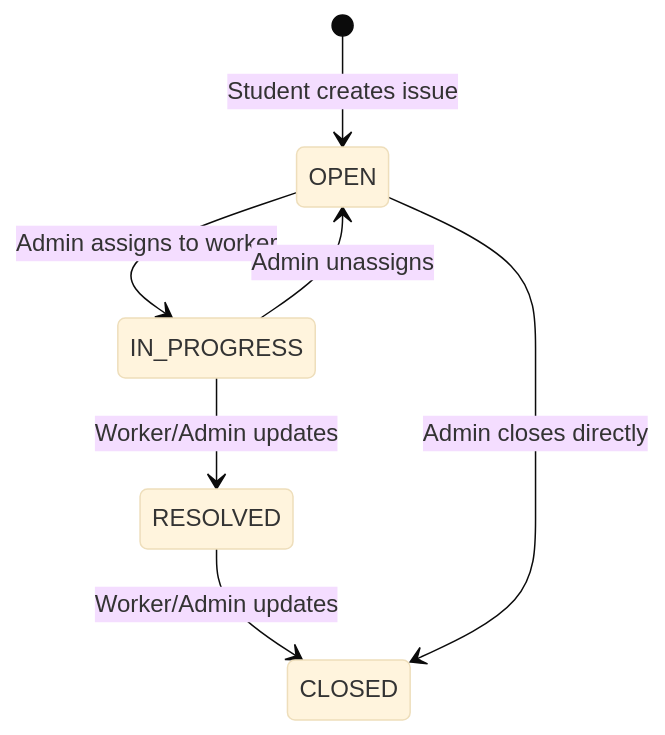
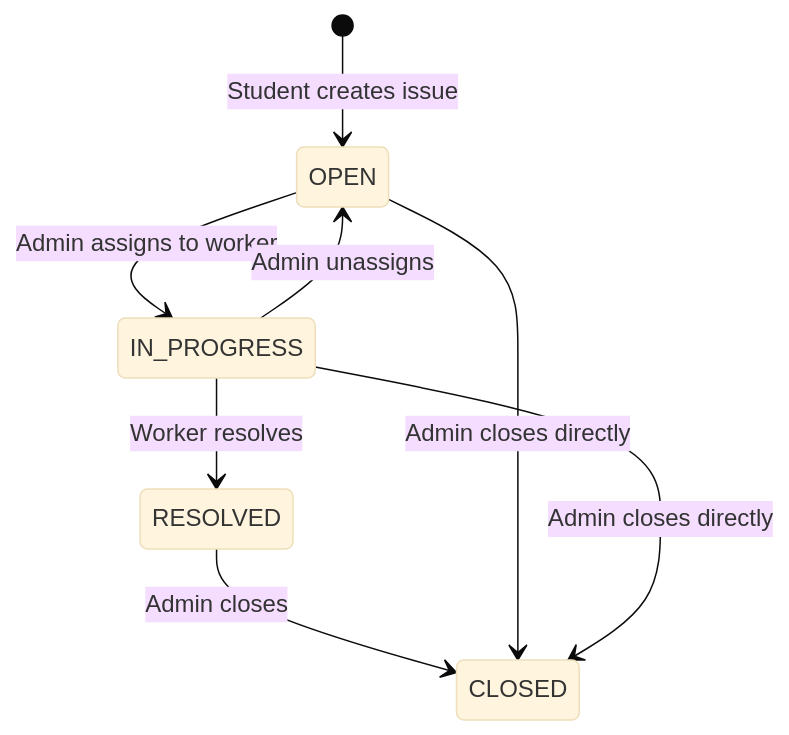
The sixth of 7 diagrams in codebase-analysis-docs/CODEBASE_KNOWLEDGE.md (fo56/hostelHub), drawn with Mermaid (base theme) before and after one commit. The commit also changed other lines of this file, not shown here.

Commit message:
docs: add comprehensive codebase knowledge document covering architecture and tech stack

````diff
--- a/codebase-analysis-docs/CODEBASE_KNOWLEDGE.md
+++ b/codebase-analysis-docs/CODEBASE_KNOWLEDGE.md
@@ -731,9 +719,10 @@
 ```mermaid
 stateDiagram-v2
     [*] --> OPEN: Student creates issue
     OPEN --> IN_PROGRESS: Admin assigns to worker
     IN_PROGRESS --> OPEN: Admin unassigns
-    IN_PROGRESS --> RESOLVED: Worker/Admin updates
-    RESOLVED --> CLOSED: Worker/Admin updates
+    IN_PROGRESS --> RESOLVED: Worker resolves
+    RESOLVED --> CLOSED: Admin closes
     OPEN --> CLOSED: Admin closes directly
+    IN_PROGRESS --> CLOSED: Admin closes directly
 ```
````
